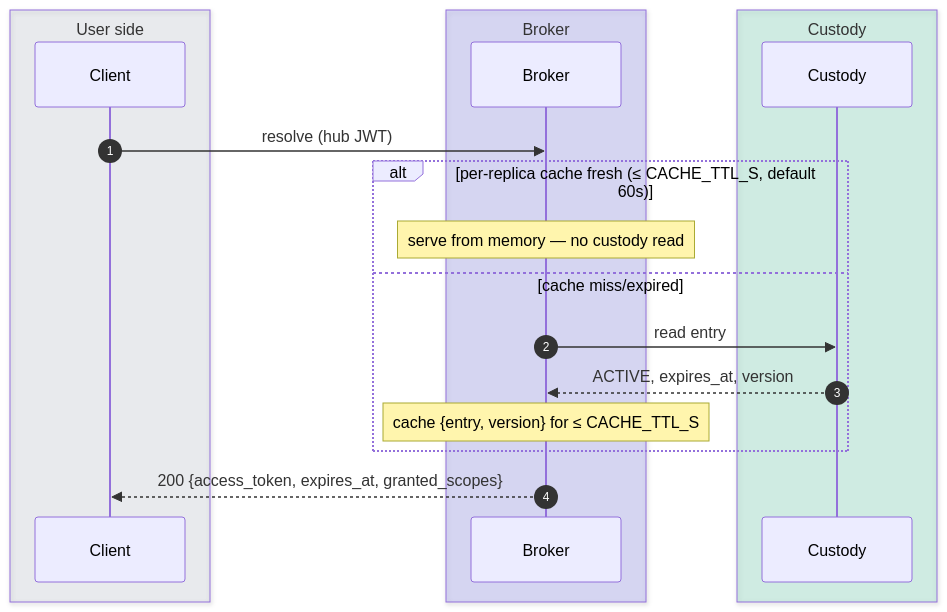
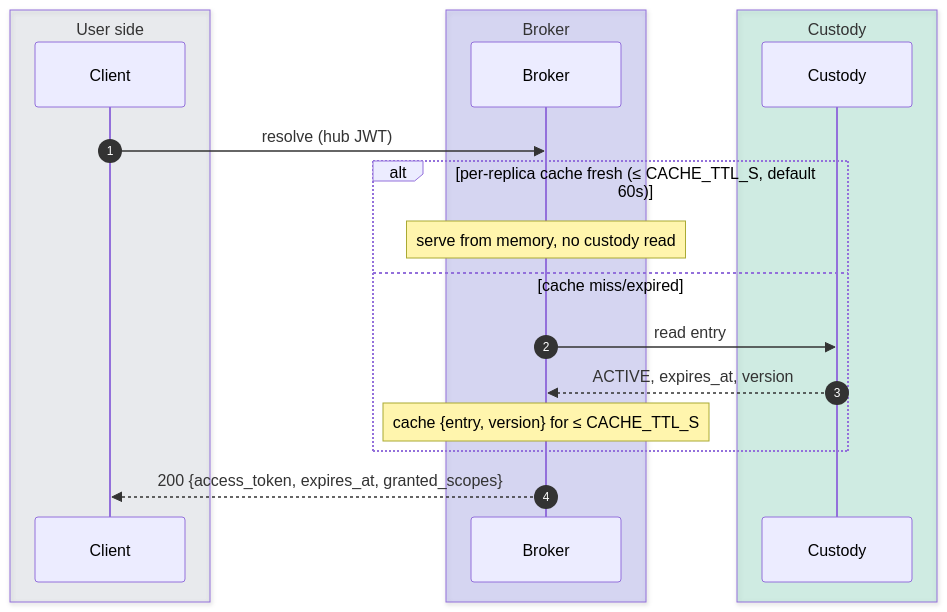
The third of 10 diagrams in docs/token-lifecycle.md (chief-builder/vendor-token-broker), drawn with Mermaid before and after one commit. The commit also changed other lines of this file and 14 other files, not shown here.

````diff
--- a/docs/token-lifecycle.md
+++ b/docs/token-lifecycle.md
@@ -128,23 +150,23 @@
 ```mermaid
 sequenceDiagram
     autonumber
     box rgba(148,163,184,0.14) User side
         participant C as Client
     end
     box rgba(99,102,241,0.20) Broker
         participant B as Broker
     end
     box rgba(16,185,129,0.16) Custody
         participant K as Custody
     end
 
     C->>B: resolve (hub JWT)
     alt per-replica cache fresh (≤ CACHE_TTL_S, default 60s)
-        Note over B: serve from memory — no custody read
+        Note over B: serve from memory, no custody read
     else cache miss/expired
         B->>K: read entry
         K-->>B: ACTIVE, expires_at, version
         Note over B: cache {entry, version} for ≤ CACHE_TTL_S
     end
     B-->>C: 200 {access_token, expires_at, granted_scopes}
 ```
````
